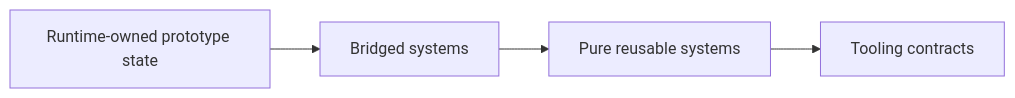
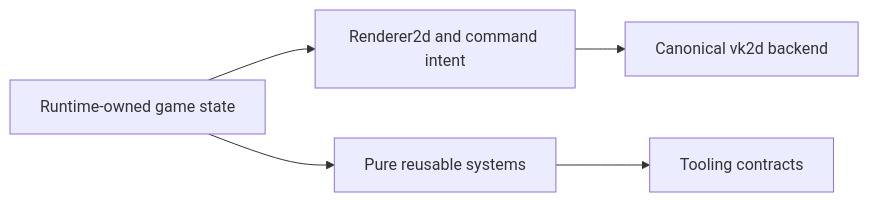
Before and after one commit to soulwax/EchoWiki: the first of 2 diagrams in src/content/docs/pages/architecture/migration-status.md, drawn with Mermaid. The commit also changed other lines of this file and 17 other files, not shown here.

Commit message:
docs: establish vk2d as canonical renderer

````diff
--- a/src/content/docs/pages/architecture/migration-status.md
+++ b/src/content/docs/pages/architecture/migration-status.md
@@ -9,9 +9,11 @@
 ```mermaid
 flowchart LR
-    runtime[Runtime-owned prototype state]
-    bridged[Bridged systems]
+    runtime[Runtime-owned game state]
+    intent[Renderer2d and command intent]
+    backend[Canonical vk2d backend]
     pure[Pure reusable systems]
     tools[Tooling contracts]
 
-    runtime --> bridged --> pure --> tools
+    runtime --> intent --> backend
+    runtime --> pure --> tools
 ```
````
